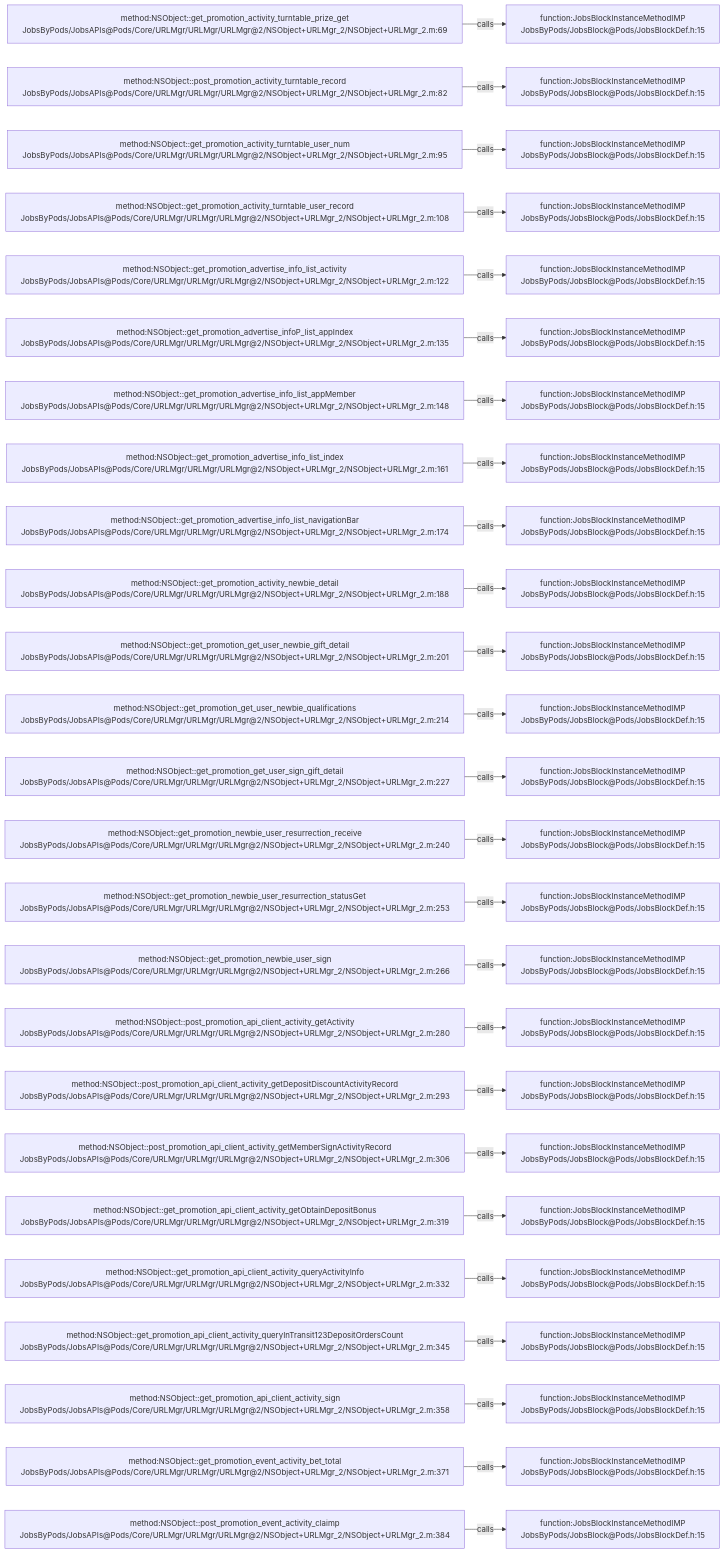
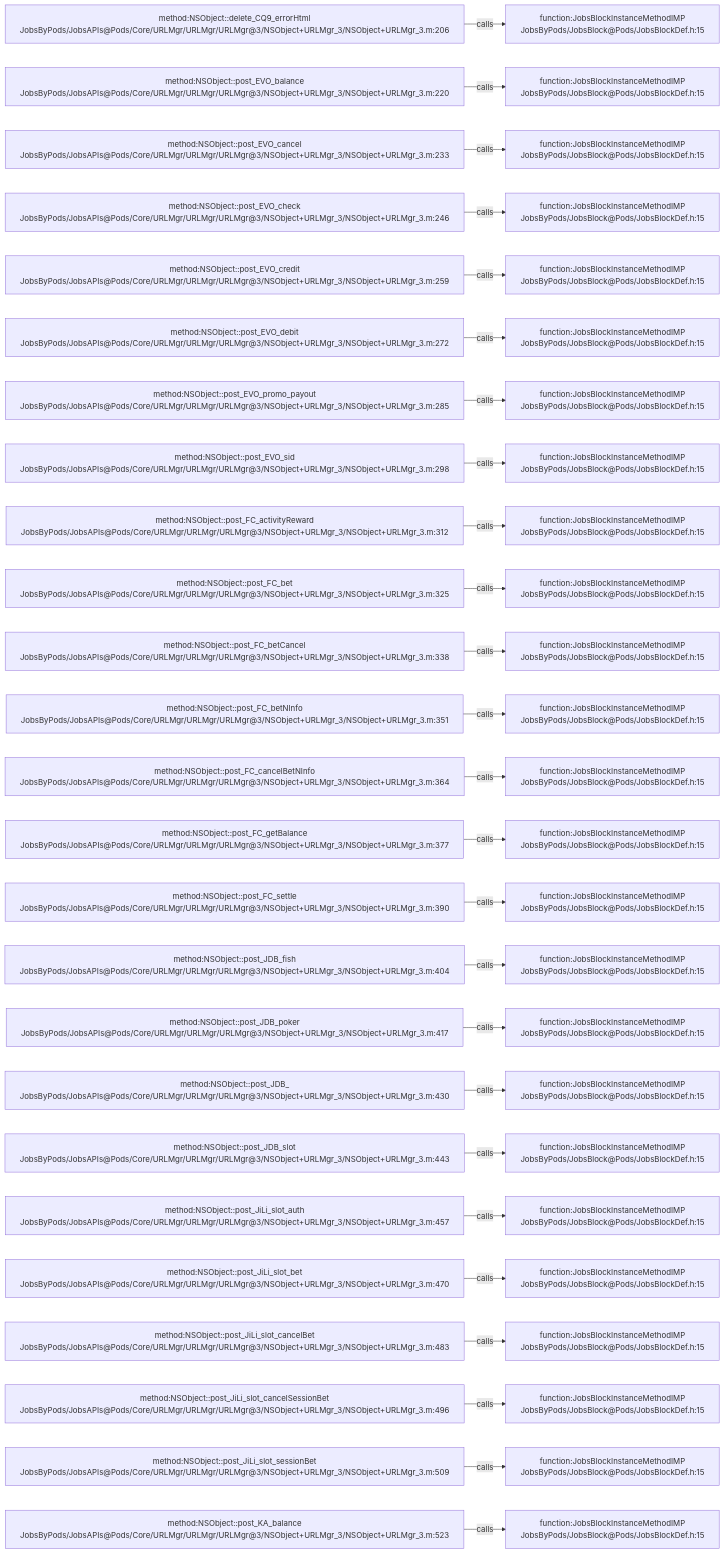
The diagram in .codegraph/codegraph.md/graphs/calls-058.md (JobsKits/JobsOCBaseConfigDemo), drawn with Mermaid before and after one commit. The commit also changed 223 other files, not shown here.

````diff
--- a/.codegraph/codegraph.md/graphs/calls-058.md
+++ b/.codegraph/codegraph.md/graphs/calls-058.md
@@ -13,78 +13,78 @@
 ```mermaid
 flowchart LR
-  S1["method:NSObject::get_promotion_activity_turntable_prize_get<br/>JobsByPods/JobsAPIs@Pods/Core/URLMgr/URLMgr/URLMgr@2/NSObject+URLMgr_2/NSObject+URLMgr_2.m:69"]
+  S1["method:NSObject::delete_CQ9_errorHtml<br/>JobsByPods/JobsAPIs@Pods/Core/URLMgr/URLMgr/URLMgr@3/NSObject+URLMgr_3/NSObject+URLMgr_3.m:206"]
   T1["function:JobsBlockInstanceMethodIMP<br/>JobsByPods/JobsBlock@Pods/JobsBlockDef.h:15"]
   S1 -->|calls| T1
-  S2["method:NSObject::post_promotion_activity_turntable_record<br/>JobsByPods/JobsAPIs@Pods/Core/URLMgr/URLMgr/URLMgr@2/NSObject+URLMgr_2/NSObject+URLMgr_2.m:82"]
+  S2["method:NSObject::post_EVO_balance<br/>JobsByPods/JobsAPIs@Pods/Core/URLMgr/URLMgr/URLMgr@3/NSObject+URLMgr_3/NSObject+URLMgr_3.m:220"]
   T2["function:JobsBlockInstanceMethodIMP<br/>JobsByPods/JobsBlock@Pods/JobsBlockDef.h:15"]
   S2 -->|calls| T2
-  S3["method:NSObject::get_promotion_activity_turntable_user_num<br/>JobsByPods/JobsAPIs@Pods/Core/URLMgr/URLMgr/URLMgr@2/NSObject+URLMgr_2/NSObject+URLMgr_2.m:95"]
+  S3["method:NSObject::post_EVO_cancel<br/>JobsByPods/JobsAPIs@Pods/Core/URLMgr/URLMgr/URLMgr@3/NSObject+URLMgr_3/NSObject+URLMgr_3.m:233"]
   T3["function:JobsBlockInstanceMethodIMP<br/>JobsByPods/JobsBlock@Pods/JobsBlockDef.h:15"]
   S3 -->|calls| T3
-  S4["method:NSObject::get_promotion_activity_turntable_user_record<br/>JobsByPods/JobsAPIs@Pods/Core/URLMgr/URLMgr/URLMgr@2/NSObject+URLMgr_2/NSObject+URLMgr_2.m:108"]
+  S4["method:NSObject::post_EVO_check<br/>JobsByPods/JobsAPIs@Pods/Core/URLMgr/URLMgr/URLMgr@3/NSObject+URLMgr_3/NSObject+URLMgr_3.m:246"]
   T4["function:JobsBlockInstanceMethodIMP<br/>JobsByPods/JobsBlock@Pods/JobsBlockDef.h:15"]
   S4 -->|calls| T4
-  S5["method:NSObject::get_promotion_advertise_info_list_activity<br/>JobsByPods/JobsAPIs@Pods/Core/URLMgr/URLMgr/URLMgr@2/NSObject+URLMgr_2/NSObject+URLMgr_2.m:122"]
+  S5["method:NSObject::post_EVO_credit<br/>JobsByPods/JobsAPIs@Pods/Core/URLMgr/URLMgr/URLMgr@3/NSObject+URLMgr_3/NSObject+URLMgr_3.m:259"]
   T5["function:JobsBlockInstanceMethodIMP<br/>JobsByPods/JobsBlock@Pods/JobsBlockDef.h:15"]
   S5 -->|calls| T5
-  S6["method:NSObject::get_promotion_advertise_infoP_list_appIndex<br/>JobsByPods/JobsAPIs@Pods/Core/URLMgr/URLMgr/URLMgr@2/NSObject+URLMgr_2/NSObject+URLMgr_2.m:135"]
+  S6["method:NSObject::post_EVO_debit<br/>JobsByPods/JobsAPIs@Pods/Core/URLMgr/URLMgr/URLMgr@3/NSObject+URLMgr_3/NSObject+URLMgr_3.m:272"]
   T6["function:JobsBlockInstanceMethodIMP<br/>JobsByPods/JobsBlock@Pods/JobsBlockDef.h:15"]
   S6 -->|calls| T6
-  S7["method:NSObject::get_promotion_advertise_info_list_appMember<br/>JobsByPods/JobsAPIs@Pods/Core/URLMgr/URLMgr/URLMgr@2/NSObject+URLMgr_2/NSObject+URLMgr_2.m:148"]
+  S7["method:NSObject::post_EVO_promo_payout<br/>JobsByPods/JobsAPIs@Pods/Core/URLMgr/URLMgr/URLMgr@3/NSObject+URLMgr_3/NSObject+URLMgr_3.m:285"]
   T7["function:JobsBlockInstanceMethodIMP<br/>JobsByPods/JobsBlock@Pods/JobsBlockDef.h:15"]
   S7 -->|calls| T7
-  S8["method:NSObject::get_promotion_advertise_info_list_index<br/>JobsByPods/JobsAPIs@Pods/Core/URLMgr/URLMgr/URLMgr@2/NSObject+URLMgr_2/NSObject+URLMgr_2.m:161"]
+  S8["method:NSObject::post_EVO_sid<br/>JobsByPods/JobsAPIs@Pods/Core/URLMgr/URLMgr/URLMgr@3/NSObject+URLMgr_3/NSObject+URLMgr_3.m:298"]
   T8["function:JobsBlockInstanceMethodIMP<br/>JobsByPods/JobsBlock@Pods/JobsBlockDef.h:15"]
   S8 -->|calls| T8
-  S9["method:NSObject::get_promotion_advertise_info_list_navigationBar<br/>JobsByPods/JobsAPIs@Pods/Core/URLMgr/URLMgr/URLMgr@2/NSObject+URLMgr_2/NSObject+URLMgr_2.m:174"]
+  S9["method:NSObject::post_FC_activityReward<br/>JobsByPods/JobsAPIs@Pods/Core/URLMgr/URLMgr/URLMgr@3/NSObject+URLMgr_3/NSObject+URLMgr_3.m:312"]
   T9["function:JobsBlockInstanceMethodIMP<br/>JobsByPods/JobsBlock@Pods/JobsBlockDef.h:15"]
   S9 -->|calls| T9
-  S10["method:NSObject::get_promotion_activity_newbie_detail<br/>JobsByPods/JobsAPIs@Pods/Core/URLMgr/URLMgr/URLMgr@2/NSObject+URLMgr_2/NSObject+URLMgr_2.m:188"]
+  S10["method:NSObject::post_FC_bet<br/>JobsByPods/JobsAPIs@Pods/Core/URLMgr/URLMgr/URLMgr@3/NSObject+URLMgr_3/NSObject+URLMgr_3.m:325"]
   T10["function:JobsBlockInstanceMethodIMP<br/>JobsByPods/JobsBlock@Pods/JobsBlockDef.h:15"]
   S10 -->|calls| T10
-  S11["method:NSObject::get_promotion_get_user_newbie_gift_detail<br/>JobsByPods/JobsAPIs@Pods/Core/URLMgr/URLMgr/URLMgr@2/NSObject+URLMgr_2/NSObject+URLMgr_2.m:201"]
+  S11["method:NSObject::post_FC_betCancel<br/>JobsByPods/JobsAPIs@Pods/Core/URLMgr/URLMgr/URLMgr@3/NSObject+URLMgr_3/NSObject+URLMgr_3.m:338"]
   T11["function:JobsBlockInstanceMethodIMP<br/>JobsByPods/JobsBlock@Pods/JobsBlockDef.h:15"]
   S11 -->|calls| T11
-  S12["method:NSObject::get_promotion_get_user_newbie_qualifications<br/>JobsByPods/JobsAPIs@Pods/Core/URLMgr/URLMgr/URLMgr@2/NSObject+URLMgr_2/NSObject+URLMgr_2.m:214"]
+  S12["method:NSObject::post_FC_betNInfo<br/>JobsByPods/JobsAPIs@Pods/Core/URLMgr/URLMgr/URLMgr@3/NSObject+URLMgr_3/NSObject+URLMgr_3.m:351"]
   T12["function:JobsBlockInstanceMethodIMP<br/>JobsByPods/JobsBlock@Pods/JobsBlockDef.h:15"]
   S12 -->|calls| T12
-  S13["method:NSObject::get_promotion_get_user_sign_gift_detail<br/>JobsByPods/JobsAPIs@Pods/Core/URLMgr/URLMgr/URLMgr@2/NSObject+URLMgr_2/NSObject+URLMgr_2.m:227"]
+  S13["method:NSObject::post_FC_cancelBetNInfo<br/>JobsByPods/JobsAPIs@Pods/Core/URLMgr/URLMgr/URLMgr@3/NSObject+URLMgr_3/NSObject+URLMgr_3.m:364"]
   T13["function:JobsBlockInstanceMethodIMP<br/>JobsByPods/JobsBlock@Pods/JobsBlockDef.h:15"]
   S13 -->|calls| T13
-  S14["method:NSObject::get_promotion_newbie_user_resurrection_receive<br/>JobsByPods/JobsAPIs@Pods/Core/URLMgr/URLMgr/URLMgr@2/NSObject+URLMgr_2/NSObject+URLMgr_2.m:240"]
+  S14["method:NSObject::post_FC_getBalance<br/>JobsByPods/JobsAPIs@Pods/Core/URLMgr/URLMgr/URLMgr@3/NSObject+URLMgr_3/NSObject+URLMgr_3.m:377"]
   T14["function:JobsBlockInstanceMethodIMP<br/>JobsByPods/JobsBlock@Pods/JobsBlockDef.h:15"]
   S14 -->|calls| T14
-  S15["method:NSObject::get_promotion_newbie_user_resurrection_statusGet<br/>JobsByPods/JobsAPIs@Pods/Core/URLMgr/URLMgr/URLMgr@2/NSObject+URLMgr_2/NSObject+URLMgr_2.m:253"]
+  S15["method:NSObject::post_FC_settle<br/>JobsByPods/JobsAPIs@Pods/Core/URLMgr/URLMgr/URLMgr@3/NSObject+URLMgr_3/NSObject+URLMgr_3.m:390"]
   T15["function:JobsBlockInstanceMethodIMP<br/>JobsByPods/JobsBlock@Pods/JobsBlockDef.h:15"]
   S15 -->|calls| T15
-  S16["method:NSObject::get_promotion_newbie_user_sign<br/>JobsByPods/JobsAPIs@Pods/Core/URLMgr/URLMgr/URLMgr@2/NSObject+URLMgr_2/NSObject+URLMgr_2.m:266"]
+  S16["method:NSObject::post_JDB_fish<br/>JobsByPods/JobsAPIs@Pods/Core/URLMgr/URLMgr/URLMgr@3/NSObject+URLMgr_3/NSObject+URLMgr_3.m:404"]
   T16["function:JobsBlockInstanceMethodIMP<br/>JobsByPods/JobsBlock@Pods/JobsBlockDef.h:15"]
   S16 -->|calls| T16
-  S17["method:NSObject::post_promotion_api_client_activity_getActivity<br/>JobsByPods/JobsAPIs@Pods/Core/URLMgr/URLMgr/URLMgr@2/NSObject+URLMgr_2/NSObject+URLMgr_2.m:280"]
+  S17["method:NSObject::post_JDB_poker<br/>JobsByPods/JobsAPIs@Pods/Core/URLMgr/URLMgr/URLMgr@3/NSObject+URLMgr_3/NSObject+URLMgr_3.m:417"]
   T17["function:JobsBlockInstanceMethodIMP<br/>JobsByPods/JobsBlock@Pods/JobsBlockDef.h:15"]
   S17 -->|calls| T17
-  S18["method:NSObject::post_promotion_api_client_activity_getDepositDiscountActivityRecord<br/>JobsByPods/JobsAPIs@Pods/Core/URLMgr/URLMgr/URLMgr@2/NSObject+URLMgr_2/NSObject+URLMgr_2.m:293"]
+  S18["method:NSObject::post_JDB_<br/>JobsByPods/JobsAPIs@Pods/Core/URLMgr/URLMgr/URLMgr@3/NSObject+URLMgr_3/NSObject+URLMgr_3.m:430"]
   T18["function:JobsBlockInstanceMethodIMP<br/>JobsByPods/JobsBlock@Pods/JobsBlockDef.h:15"]
   S18 -->|calls| T18
-  S19["method:NSObject::post_promotion_api_client_activity_getMemberSignActivityRecord<br/>JobsByPods/JobsAPIs@Pods/Core/URLMgr/URLMgr/URLMgr@2/NSObject+URLMgr_2/NSObject+URLMgr_2.m:306"]
+  S19["method:NSObject::post_JDB_slot<br/>JobsByPods/JobsAPIs@Pods/Core/URLMgr/URLMgr/URLMgr@3/NSObject+URLMgr_3/NSObject+URLMgr_3.m:443"]
   T19["function:JobsBlockInstanceMethodIMP<br/>JobsByPods/JobsBlock@Pods/JobsBlockDef.h:15"]
   S19 -->|calls| T19
-  S20["method:NSObject::get_promotion_api_client_activity_getObtainDepositBonus<br/>JobsByPods/JobsAPIs@Pods/Core/URLMgr/URLMgr/URLMgr@2/NSObject+URLMgr_2/NSObject+URLMgr_2.m:319"]
+  S20["method:NSObject::post_JiLi_slot_auth<br/>JobsByPods/JobsAPIs@Pods/Core/URLMgr/URLMgr/URLMgr@3/NSObject+URLMgr_3/NSObject+URLMgr_3.m:457"]
   T20["function:JobsBlockInstanceMethodIMP<br/>JobsByPods/JobsBlock@Pods/JobsBlockDef.h:15"]
   S20 -->|calls| T20
-  S21["method:NSObject::get_promotion_api_client_activity_queryActivityInfo<br/>JobsByPods/JobsAPIs@Pods/Core/URLMgr/URLMgr/URLMgr@2/NSObject+URLMgr_2/NSObject+URLMgr_2.m:332"]
+  S21["method:NSObject::post_JiLi_slot_bet<br/>JobsByPods/JobsAPIs@Pods/Core/URLMgr/URLMgr/URLMgr@3/NSObject+URLMgr_3/NSObject+URLMgr_3.m:470"]
   T21["function:JobsBlockInstanceMethodIMP<br/>JobsByPods/JobsBlock@Pods/JobsBlockDef.h:15"]
   S21 -->|calls| T21
-  S22["method:NSObject::get_promotion_api_client_activity_queryInTransit123DepositOrdersCount<br/>JobsByPods/JobsAPIs@Pods/Core/URLMgr/URLMgr/URLMgr@2/NSObject+URLMgr_2/NSObject+URLMgr_2.m:345"]
+  S22["method:NSObject::post_JiLi_slot_cancelBet<br/>JobsByPods/JobsAPIs@Pods/Core/URLMgr/URLMgr/URLMgr@3/NSObject+URLMgr_3/NSObject+URLMgr_3.m:483"]
   T22["function:JobsBlockInstanceMethodIMP<br/>JobsByPods/JobsBlock@Pods/JobsBlockDef.h:15"]
   S22 -->|calls| T22
-  S23["method:NSObject::get_promotion_api_client_activity_sign<br/>JobsByPods/JobsAPIs@Pods/Core/URLMgr/URLMgr/URLMgr@2/NSObject+URLMgr_2/NSObject+URLMgr_2.m:358"]
+  S23["method:NSObject::post_JiLi_slot_cancelSessionBet<br/>JobsByPods/JobsAPIs@Pods/Core/URLMgr/URLMgr/URLMgr@3/NSObject+URLMgr_3/NSObject+URLMgr_3.m:496"]
   T23["function:JobsBlockInstanceMethodIMP<br/>JobsByPods/JobsBlock@Pods/JobsBlockDef.h:15"]
   S23 -->|calls| T23
-  S24["method:NSObject::get_promotion_event_activity_bet_total<br/>JobsByPods/JobsAPIs@Pods/Core/URLMgr/URLMgr/URLMgr@2/NSObject+URLMgr_2/NSObject+URLMgr_2.m:371"]
+  S24["method:NSObject::post_JiLi_slot_sessionBet<br/>JobsByPods/JobsAPIs@Pods/Core/URLMgr/URLMgr/URLMgr@3/NSObject+URLMgr_3/NSObject+URLMgr_3.m:509"]
   T24["function:JobsBlockInstanceMethodIMP<br/>JobsByPods/JobsBlock@Pods/JobsBlockDef.h:15"]
   S24 -->|calls| T24
-  S25["method:NSObject::post_promotion_event_activity_claimp<br/>JobsByPods/JobsAPIs@Pods/Core/URLMgr/URLMgr/URLMgr@2/NSObject+URLMgr_2/NSObject+URLMgr_2.m:384"]
+  S25["method:NSObject::post_KA_balance<br/>JobsByPods/JobsAPIs@Pods/Core/URLMgr/URLMgr/URLMgr@3/NSObject+URLMgr_3/NSObject+URLMgr_3.m:523"]
   T25["function:JobsBlockInstanceMethodIMP<br/>JobsByPods/JobsBlock@Pods/JobsBlockDef.h:15"]
   S25 -->|calls| T25
 ```
````
